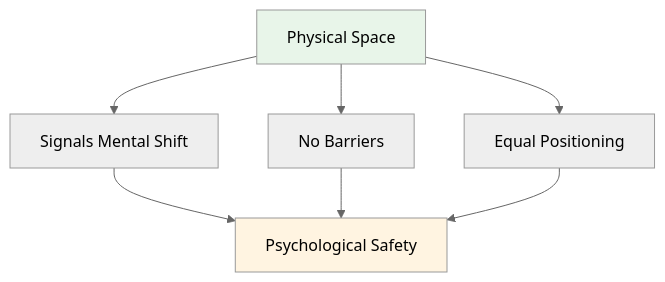
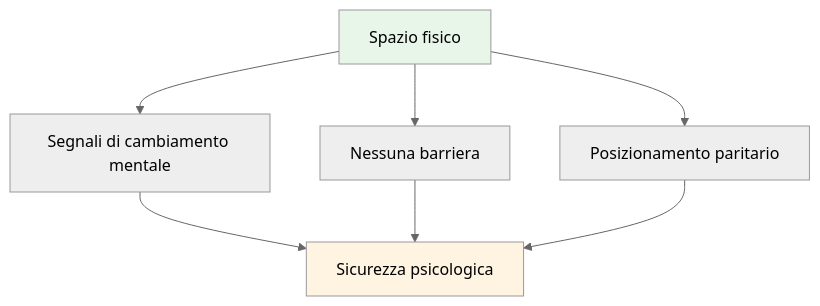
Before and after one commit to patwii/petanque-academy: the second of 4 diagrams in docs/it/workshop.md, drawn with Mermaid (neutral theme). The commit also changed other lines of this file and 532 other files, not shown here.

````diff
--- a/docs/it/workshop.md
+++ b/docs/it/workshop.md
@@ -85,13 +213,13 @@
 ```mermaid
 graph TD
-    A[Physical Space] --> B[Signals Mental Shift]
-    A --> C[No Barriers]
-    A --> D[Equal Positioning]
+    A[Spazio fisico] --> B[Segnali di cambiamento mentale]
+    A --> C[Nessuna barriera]
+    A --> D[Posizionamento paritario]
 
-    B --> E[Psychological Safety]
+    B --> E[Sicurezza psicologica]
     C --> E
     D --> E
 
     style A fill:#e8f5e9
     style E fill:#fff4e1
 ```
````
